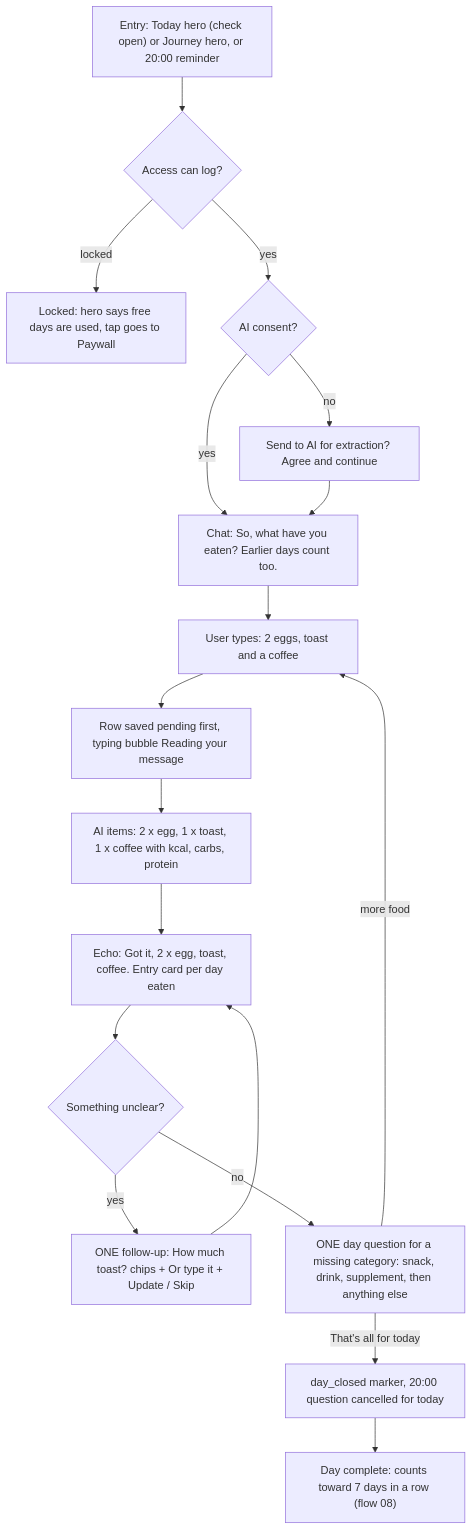
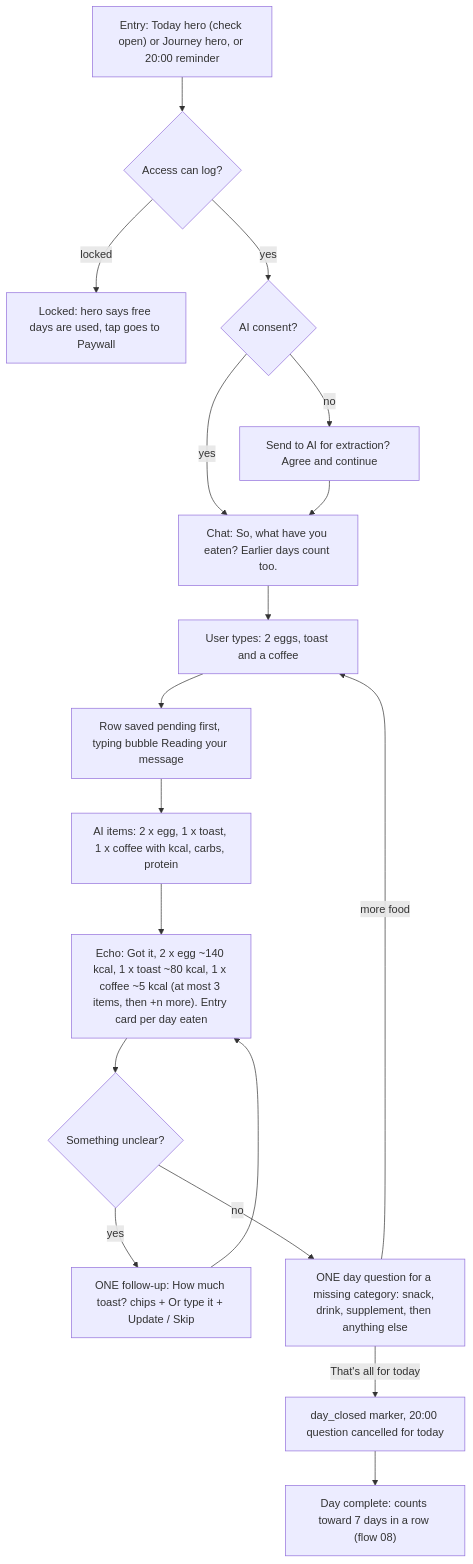
The first of 5 diagrams in docs/product/flows/07-food-log-day.md (evandroviskis/dosetrace), drawn with Mermaid before and after one commit. The commit also changed other lines of this file and 26 other files, not shown here.

Commit message:
docs/product: round-2 corrections propagated to PRD (G-1..G-233), TRD + dossiers, flows + Portuguese picture from the final registers; 105 diagrams parse; zero stale ids

````diff
--- a/docs/product/flows/07-food-log-day.md
+++ b/docs/product/flows/07-food-log-day.md
@@ -48,20 +48,20 @@
 ```mermaid
 flowchart TD
   A["Entry: Today hero (check open) or Journey hero, or 20:00 reminder"] --> B{"Access can log?"}
   B -->|locked| L["Locked: hero says free days are used, tap goes to Paywall"]
   B -->|yes| C{"AI consent?"}
   C -->|no| D["Send to AI for extraction? Agree and continue"]
   C -->|yes| E["Chat: So, what have you eaten? Earlier days count too."]
   D --> E
   E --> F["User types: 2 eggs, toast and a coffee"]
   F --> G["Row saved pending first, typing bubble Reading your message"]
   G --> H["AI items: 2 x egg, 1 x toast, 1 x coffee with kcal, carbs, protein"]
-  H --> I["Echo: Got it, 2 x egg, toast, coffee. Entry card per day eaten"]
+  H --> I["Echo: Got it, 2 x egg ~140 kcal, 1 x toast ~80 kcal, 1 x coffee ~5 kcal (at most 3 items, then +n more). Entry card per day eaten"]
   I --> J{"Something unclear?"}
   J -->|yes| K["ONE follow-up: How much toast? chips + Or type it + Update / Skip"]
   K --> I
   J -->|no| M["ONE day question for a missing category: snack, drink, supplement, then anything else"]
   M -->|more food| F
   M -->|That's all for today| N["day_closed marker, 20:00 question cancelled for today"]
   N --> O["Day complete: counts toward 7 days in a row (flow 08)"]
 ```
````
